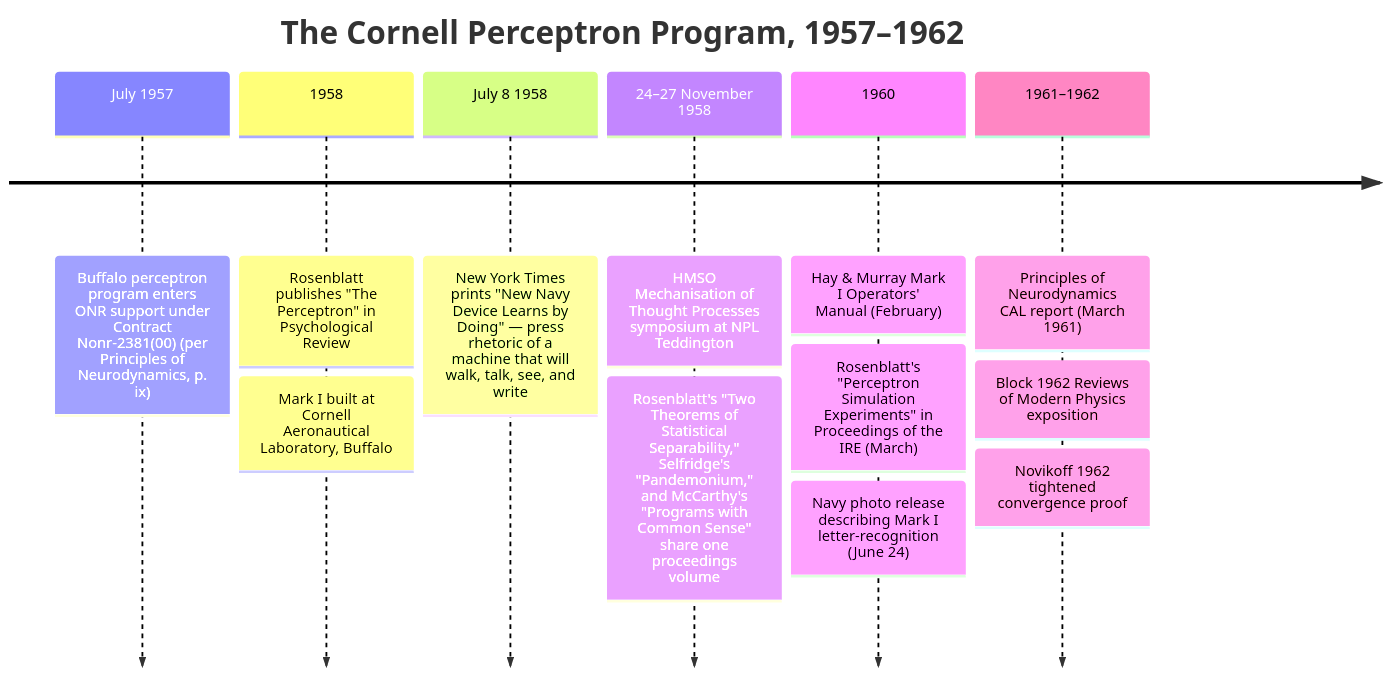
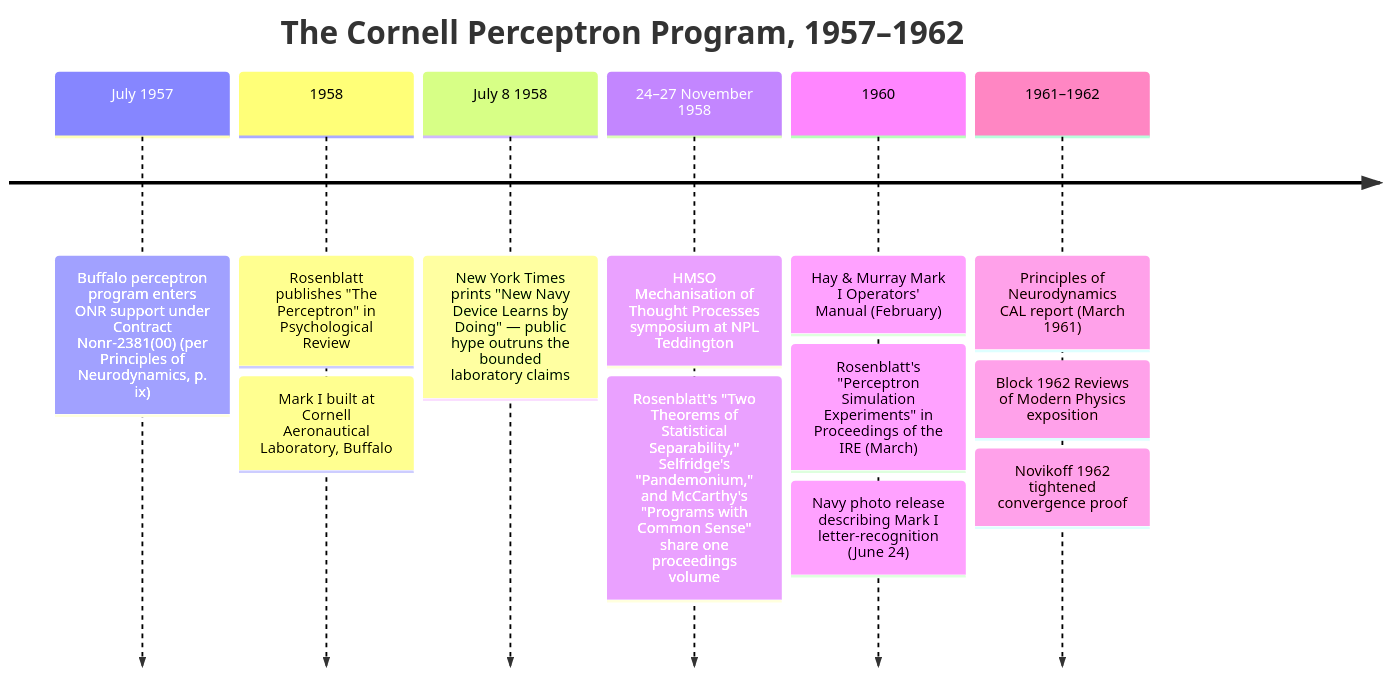
The diagram in src/content/docs/ai-history/ch-14-the-perceptron.md (kube-dojo/kube-dojo), drawn with Mermaid before and after one commit. The commit also changed other lines of this file and 2 other files, not shown here.

````diff
--- a/src/content/docs/ai-history/ch-14-the-perceptron.md
+++ b/src/content/docs/ai-history/ch-14-the-perceptron.md
@@ -29,10 +29,10 @@
 ```mermaid
 timeline
     title The Cornell Perceptron Program, 1957–1962
     July 1957 : Buffalo perceptron program enters ONR support under Contract Nonr-2381(00) (per Principles of Neurodynamics, p. ix)
     1958 : Rosenblatt publishes "The Perceptron" in Psychological Review : Mark I built at Cornell Aeronautical Laboratory, Buffalo
-    July 8 1958 : New York Times prints "New Navy Device Learns by Doing" — press rhetoric of a machine that will walk, talk, see, and write
+    July 8 1958 : New York Times prints "New Navy Device Learns by Doing" — public hype outruns the bounded laboratory claims
     24–27 November 1958 : HMSO Mechanisation of Thought Processes symposium at NPL Teddington : Rosenblatt's "Two Theorems of Statistical Separability," Selfridge's "Pandemonium," and McCarthy's "Programs with Common Sense" share one proceedings volume
     1960 : Hay & Murray Mark I Operators' Manual (February) : Rosenblatt's "Perceptron Simulation Experiments" in Proceedings of the IRE (March) : Navy photo release describing Mark I letter-recognition (June 24)
     1961–1962 : Principles of Neurodynamics CAL report (March 1961) : Block 1962 Reviews of Modern Physics exposition : Novikoff 1962 tightened convergence proof
 ```
````
